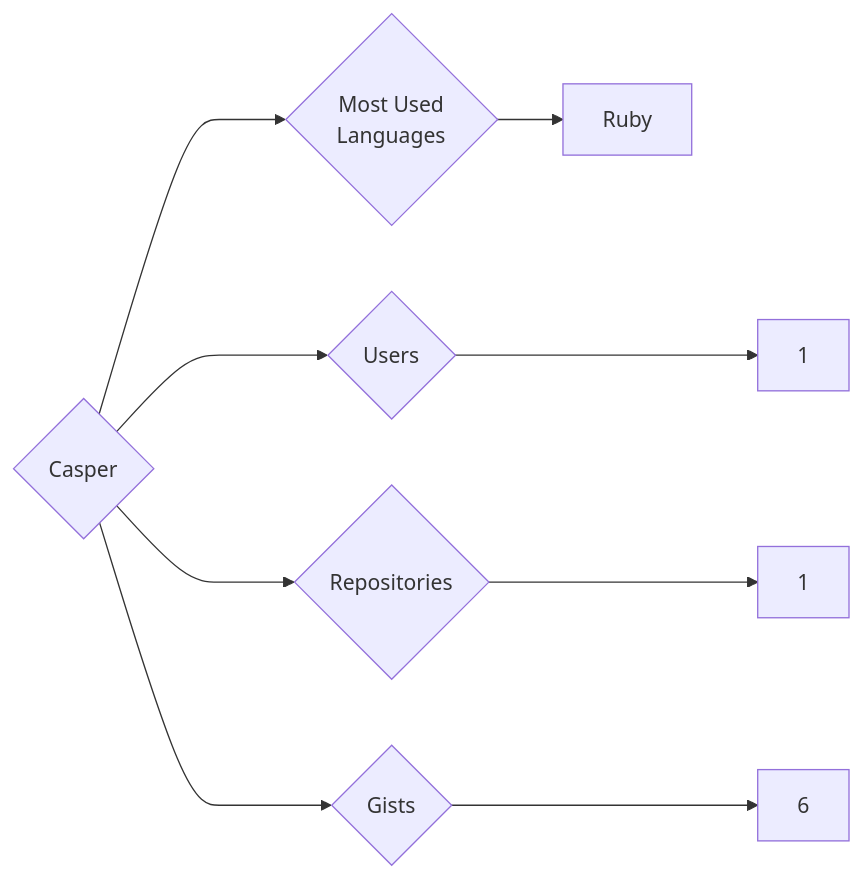
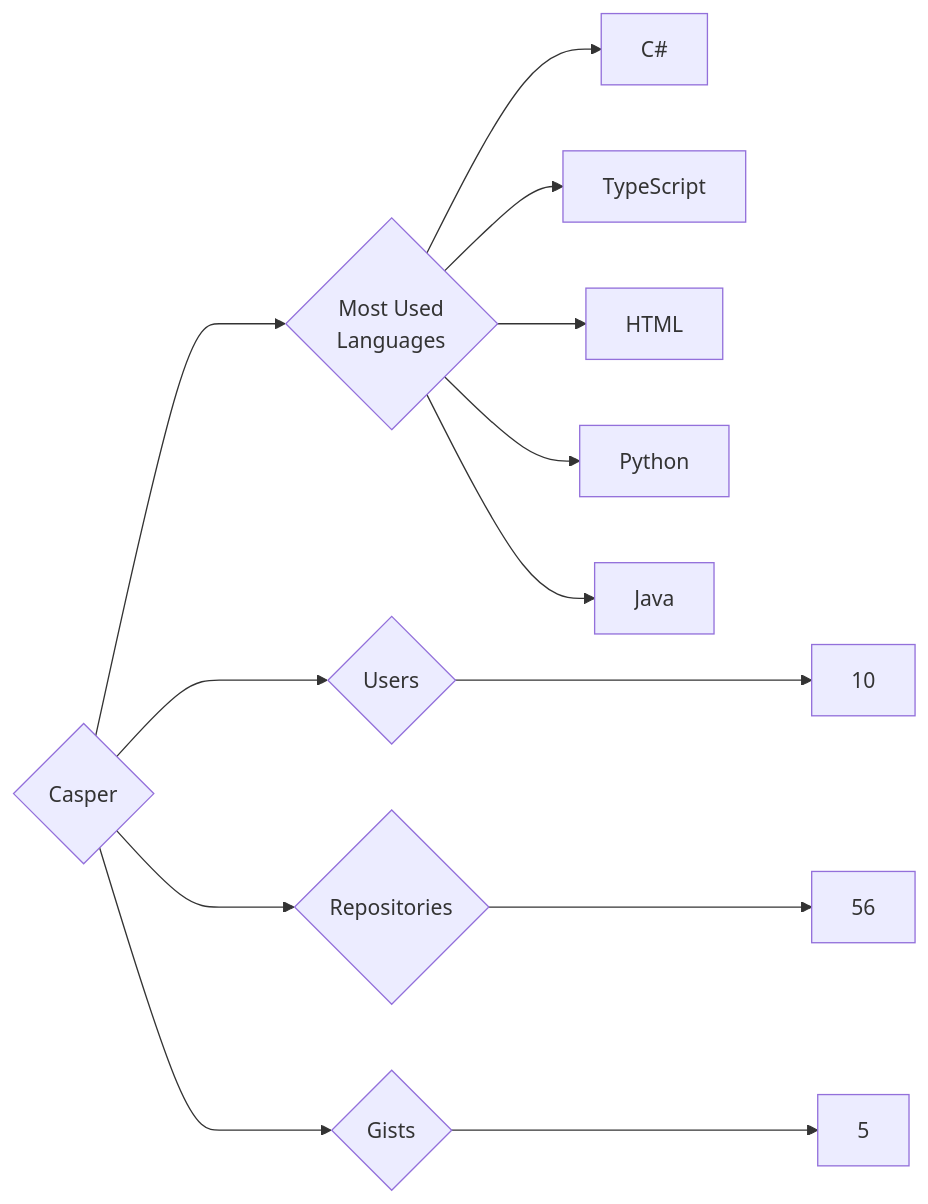
The diagram in targets/Casper/README.md (trickest/insiders), drawn with Mermaid before and after one commit. The commit also changed 914 other files, not shown here.

````diff
--- a/targets/Casper/README.md
+++ b/targets/Casper/README.md
@@ -3,9 +3,13 @@
 ```mermaid
 graph LR
 COMPANY_NAME{Casper}
-COMPANY_NAME ---> U{Users} ---> UN[1]
-COMPANY_NAME ---> R{Repositories} ---> RN[1]
-COMPANY_NAME ---> G{Gists} ---> GN[6]
+COMPANY_NAME ---> U{Users} ---> UN[10]
+COMPANY_NAME ---> R{Repositories} ---> RN[56]
+COMPANY_NAME ---> G{Gists} ---> GN[5]
 COMPANY_NAME ---> ML{Most Used<br>Languages}
-ML --> Ruby[Ruby]
+ML --> C#[C#]
+ML --> TypeScript[TypeScript]
+ML --> HTML[HTML]
+ML --> Python[Python]
+ML --> Java[Java]
 ```
````
